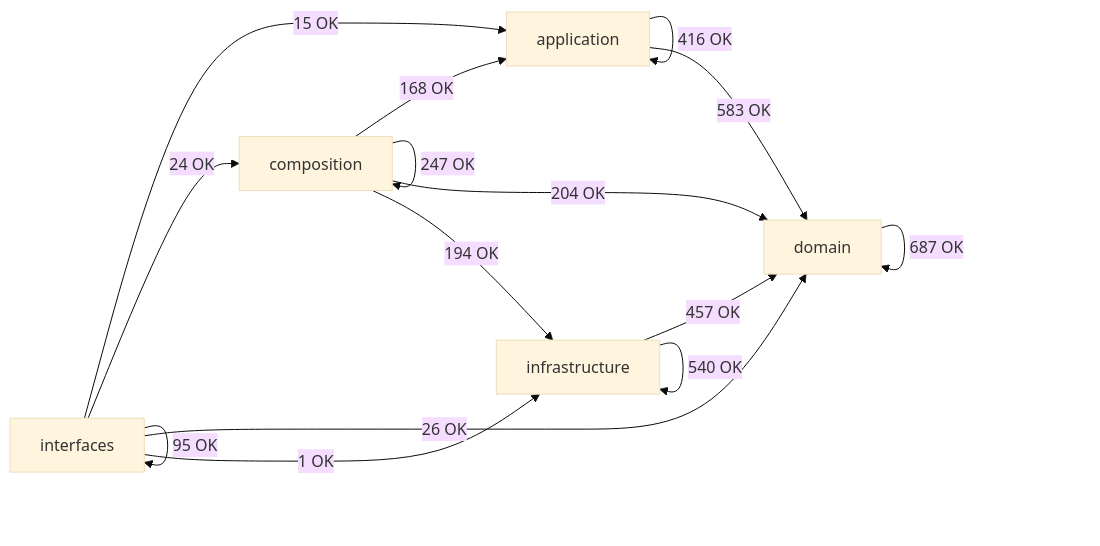
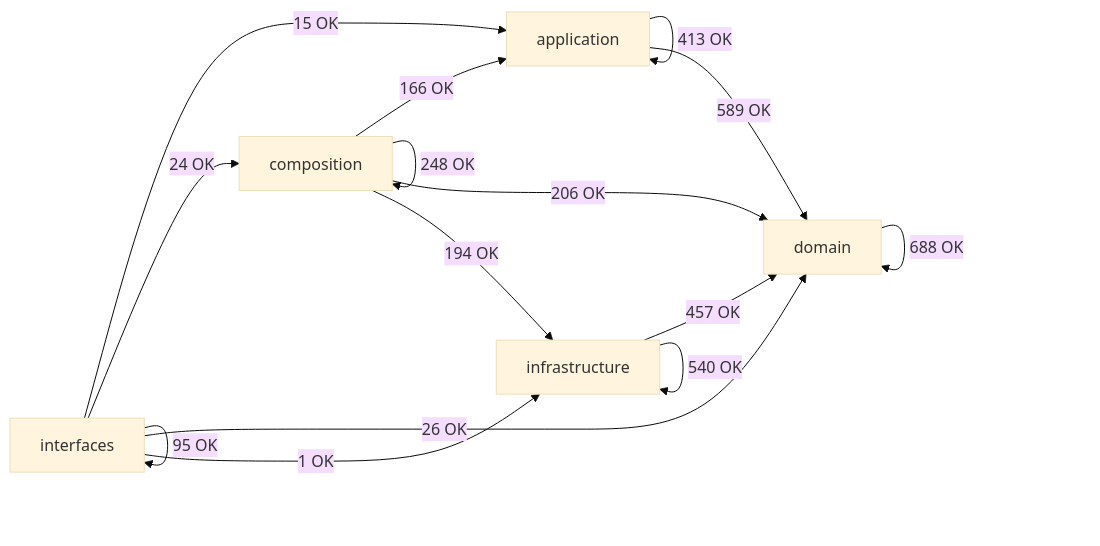
Before and after one commit to SatoryKono/BioactivityDataAcquisition: the diagram in docs/02-architecture/generated/module-dependency-map.md, drawn with Mermaid (base theme). The commit also changed other lines of this file and 63 other files, not shown here.

````diff
--- a/docs/02-architecture/generated/module-dependency-map.md
+++ b/docs/02-architecture/generated/module-dependency-map.md
@@ -16,22 +16,22 @@
 ```mermaid
 flowchart LR
     domain[domain]
     application[application]
     infrastructure[infrastructure]
     composition[composition]
     interfaces[interfaces]
-    application -->|416 OK| application
-    application -->|583 OK| domain
-    composition -->|168 OK| application
-    composition -->|247 OK| composition
-    composition -->|204 OK| domain
+    application -->|413 OK| application
+    application -->|589 OK| domain
+    composition -->|166 OK| application
+    composition -->|248 OK| composition
+    composition -->|206 OK| domain
     composition -->|194 OK| infrastructure
-    domain -->|687 OK| domain
+    domain -->|688 OK| domain
     infrastructure -->|457 OK| domain
     infrastructure -->|540 OK| infrastructure
     interfaces -->|15 OK| application
     interfaces -->|24 OK| composition
     interfaces -->|26 OK| domain
     interfaces -->|1 OK| infrastructure
     interfaces -->|95 OK| interfaces
 ```
````
